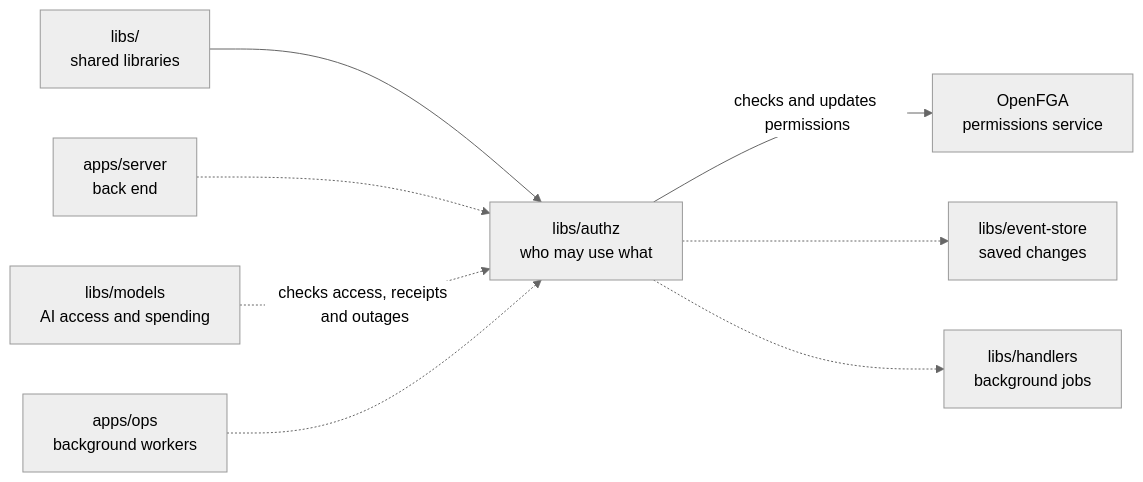
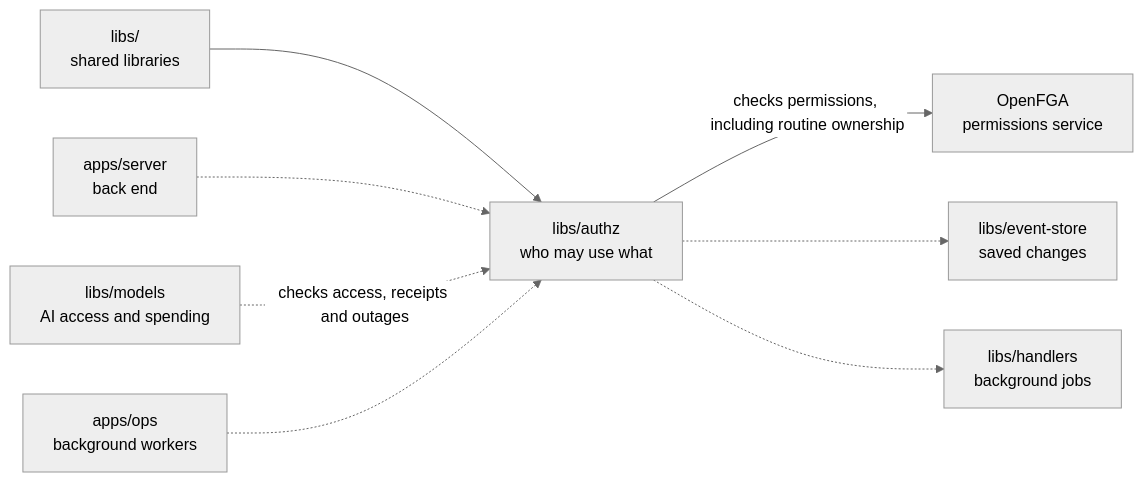
The diagram in libs/authz/README.md (elewa-git/opencrane-new), drawn with Mermaid (neutral theme) before and after one commit. The commit also changed other lines of this file and 14 other files, not shown here.

Commit message:
🔐 Project routine ownership and refuse stale permissions

````diff
--- a/libs/authz/README.md
+++ b/libs/authz/README.md
@@ -20,10 +20,10 @@
 ```mermaid
 flowchart LR
   parent["libs/<br/>shared libraries"] --> authz["libs/authz<br/>who may use what"]
   server["apps/server<br/>back end"] -.-> authz
   models["libs/models<br/>AI access and spending"] -.->|checks access, receipts and outages| authz
   ops["apps/ops<br/>background workers"] -.-> authz
-  authz -->|checks and updates permissions| fga["OpenFGA<br/>permissions service"]
+  authz -->|checks permissions, including routine ownership| fga["OpenFGA<br/>permissions service"]
   authz -.-> store["libs/event-store<br/>saved changes"]
   authz -.-> handlers["libs/handlers<br/>background jobs"]
 ```
````
